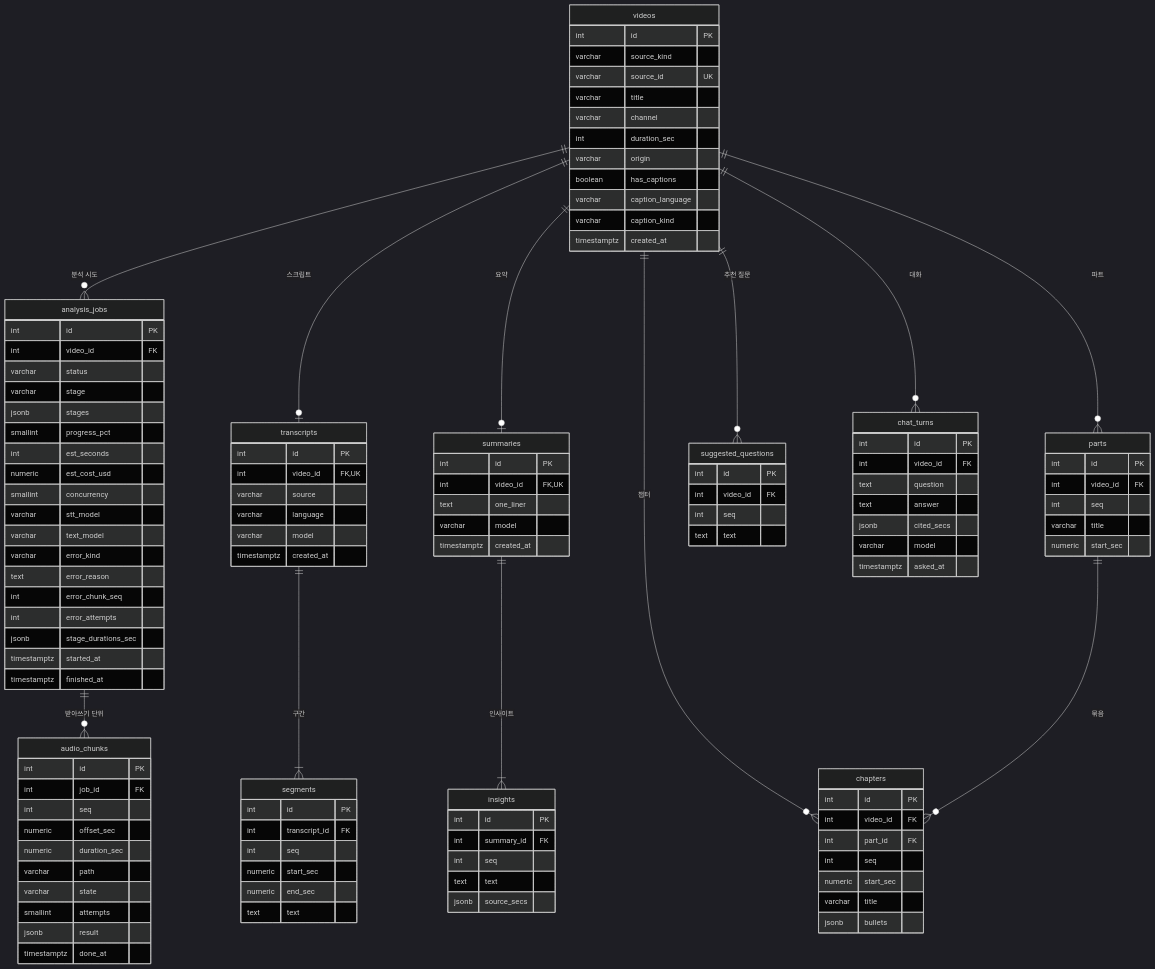
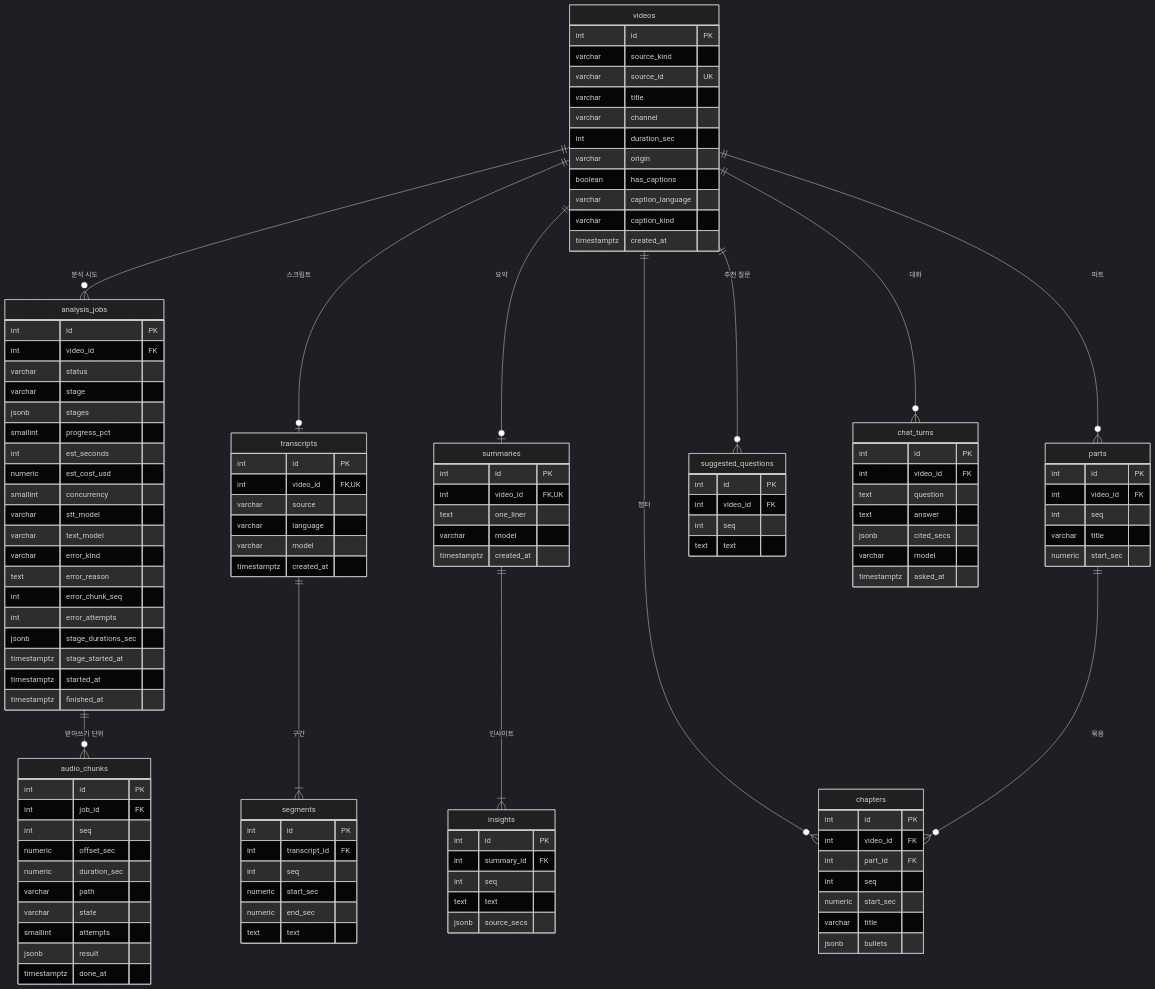
The diagram in docs/specs/06-DOM/VA-DOM-003.md (HoyoungParkme/video-agent), drawn with Mermaid (dark theme) before and after one commit. The commit also changed other lines of this file, not shown here.

Commit message:
MINISPEC 되먹임 — analysis_jobs.stage_started_at 컬럼
클래스 명세 v9와 짝. 단계 전환 때 갱신, 걸린 시간·남은 시간의 기준.

```diff
--- a/docs/specs/06-DOM/VA-DOM-003.md
+++ b/docs/specs/06-DOM/VA-DOM-003.md
@@ -72,6 +72,7 @@
         int error_chunk_seq
         int error_attempts
         jsonb stage_durations_sec
+        timestamptz stage_started_at
         timestamptz started_at
         timestamptz finished_at
     }
```
